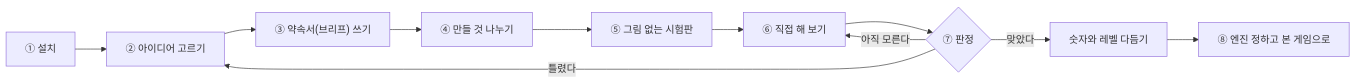
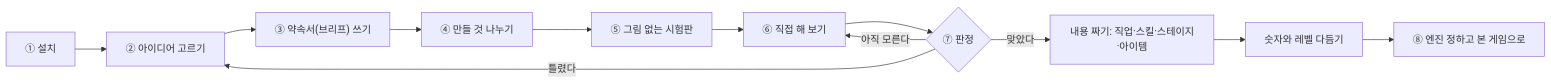
Before and after one commit to silbaram/ai-agent-studio: the diagram in README.md, drawn with Mermaid. The commit also changed other lines of this file and 38 other files, not shown here.

````diff
--- a/README.md
+++ b/README.md
@@ -14,13 +14,14 @@
 ```mermaid
 flowchart LR
     A["① 설치"] --> B["② 아이디어 고르기"]
     B --> C["③ 약속서(브리프) 쓰기"]
     C --> D["④ 만들 것 나누기"]
     D --> E["⑤ 그림 없는 시험판"]
     E --> F["⑥ 직접 해 보기"]
     F --> G{"⑦ 판정"}
-    G -->|맞았다| H["숫자와 레벨 다듬기"]
+    G -->|맞았다| K["내용 짜기: 직업·스킬·스테이지·아이템"]
+    K --> H["숫자와 레벨 다듬기"]
     H --> I["⑧ 엔진 정하고 본 게임으로"]
     G -->|틀렸다| B
     G -->|아직 모른다| F
 ```
````
